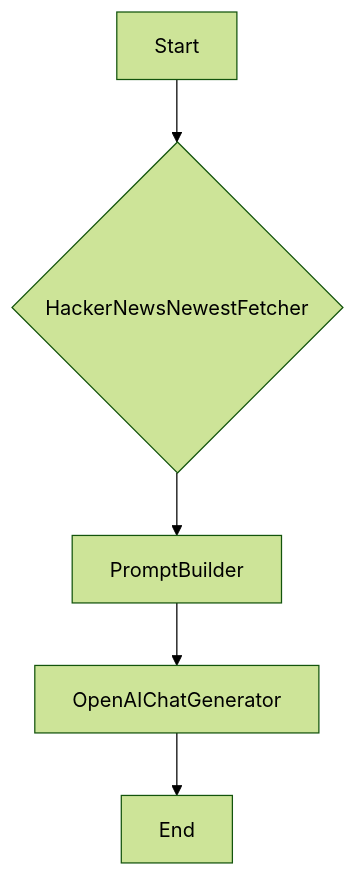
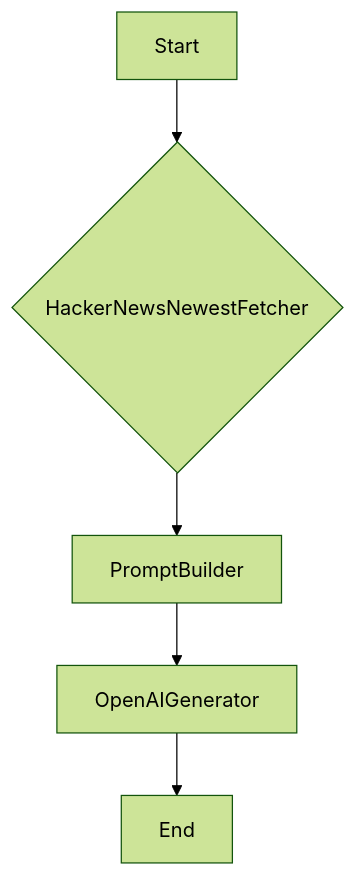
One commit to fsystemweb/hacker-news-summarizer changed the diagram in README.md. Above: the diagram before and after it, drawn with Mermaid (forest theme). The commit also changed other lines of this file and 1 other file, not shown here.

````diff
--- a/README.md
+++ b/README.md
@@ -105,7 +105,7 @@
 ```mermaid
 graph TD
     A[Start] --> B{HackerNewsNewestFetcher};
     B --> C[PromptBuilder];
-    C --> D[OpenAIChatGenerator];
+    C --> D[OpenAIGenerator];
     D --> E[End];
 ```
````
